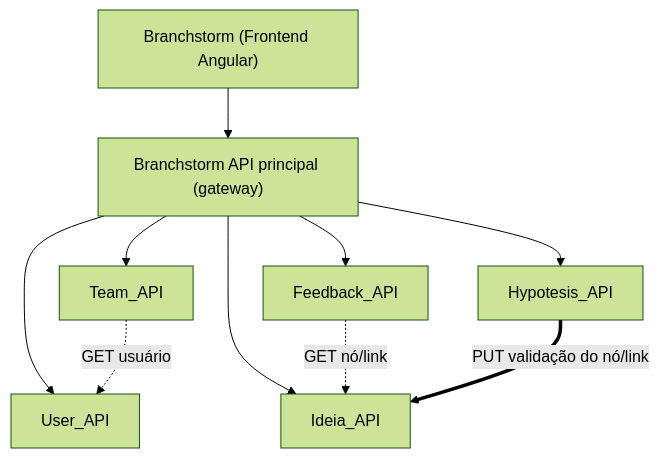
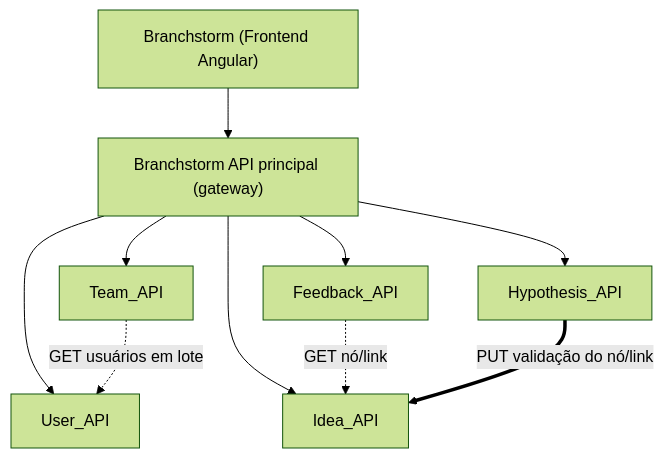
The first of 8 diagrams in README.md (thales-vaz-sousa/Branchstorm), drawn with Mermaid (forest theme) before and after one commit. The commit also changed other lines of this file and 27 other files, not shown here.

````diff
--- a/README.md
+++ b/README.md
@@ -65,12 +65,12 @@
 ```mermaid
 flowchart TD
   Branchstorm_["Branchstorm (Frontend Angular)"] --> Gateway["Branchstorm API principal (gateway)"]
   Gateway --> User_API
   Gateway --> Team_API
-  Gateway --> Ideia_API
-  Gateway --> Hypotesis_API
+  Gateway --> Idea_API
+  Gateway --> Hypothesis_API
   Gateway --> Feedback_API
-  Team_API -. "GET usuário" .-> User_API
-  Feedback_API -. "GET nó/link" .-> Ideia_API
-  Hypotesis_API == "PUT validação do nó/link" ==> Ideia_API
+  Team_API -. "GET usuários em lote" .-> User_API
+  Feedback_API -. "GET nó/link" .-> Idea_API
+  Hypothesis_API == "PUT validação do nó/link" ==> Idea_API
 ```
````
